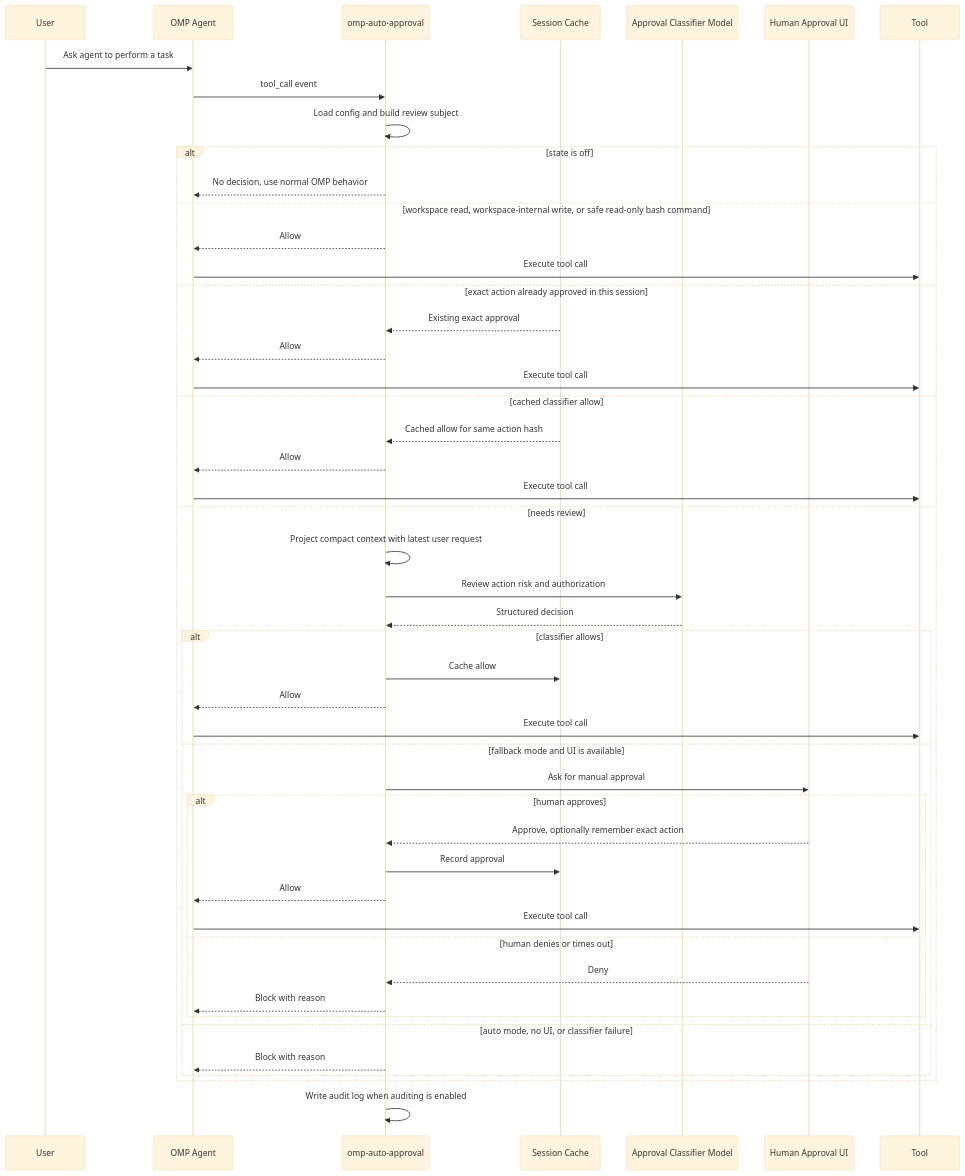
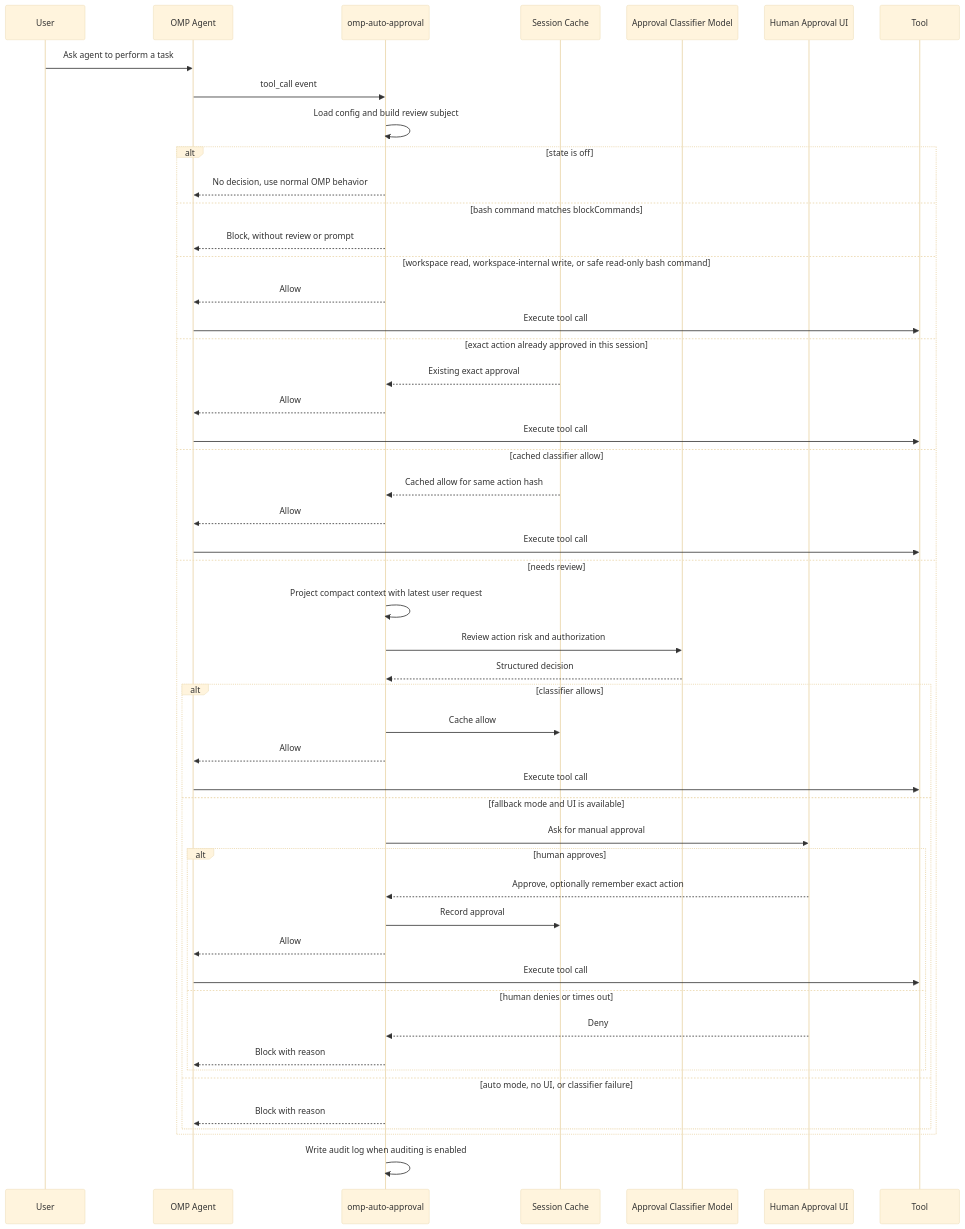
One commit to sthetz/omp-auto-approval changed the diagram in README.md. Above: the diagram before and after it, drawn with Mermaid (base theme). The commit also changed other lines of this file and 17 other files, not shown here.

````diff
--- a/README.md
+++ b/README.md
@@ -76,54 +78,56 @@
 ```mermaid
 sequenceDiagram
     participant User
     participant OMP as OMP Agent
     participant Ext as omp-auto-approval
     participant Store as Session Cache
     participant Classifier as Approval Classifier Model
     participant Human as Human Approval UI
     participant Tool
 
     User->>OMP: Ask agent to perform a task
     OMP->>Ext: tool_call event
     Ext->>Ext: Load config and build review subject
 
     alt state is off
         Ext-->>OMP: No decision, use normal OMP behavior
+    else bash command matches blockCommands
+        Ext-->>OMP: Block, without review or prompt
     else workspace read, workspace-internal write, or safe read-only bash command
         Ext-->>OMP: Allow
         OMP->>Tool: Execute tool call
     else exact action already approved in this session
         Store-->>Ext: Existing exact approval
         Ext-->>OMP: Allow
         OMP->>Tool: Execute tool call
     else cached classifier allow
         Store-->>Ext: Cached allow for same action hash
         Ext-->>OMP: Allow
         OMP->>Tool: Execute tool call
     else needs review
         Ext->>Ext: Project compact context with latest user request
         Ext->>Classifier: Review action risk and authorization
         Classifier-->>Ext: Structured decision
 
         alt classifier allows
             Ext->>Store: Cache allow
             Ext-->>OMP: Allow
             OMP->>Tool: Execute tool call
         else fallback mode and UI is available
             Ext->>Human: Ask for manual approval
             alt human approves
                 Human-->>Ext: Approve, optionally remember exact action
                 Ext->>Store: Record approval
                 Ext-->>OMP: Allow
                 OMP->>Tool: Execute tool call
             else human denies or times out
                 Human-->>Ext: Deny
                 Ext-->>OMP: Block with reason
             end
         else auto mode, no UI, or classifier failure
             Ext-->>OMP: Block with reason
         end
     end
 
     Ext->>Ext: Write audit log when auditing is enabled
 ```
````
